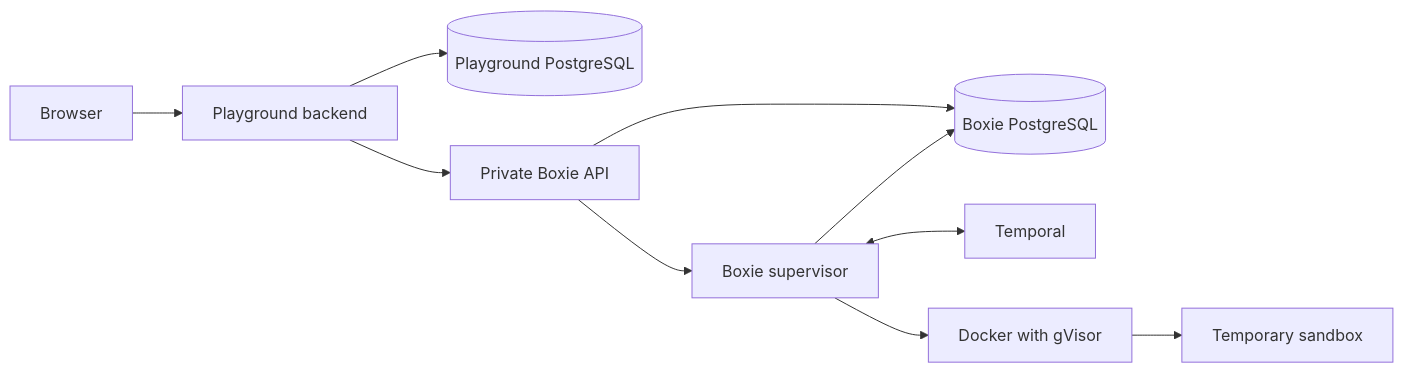
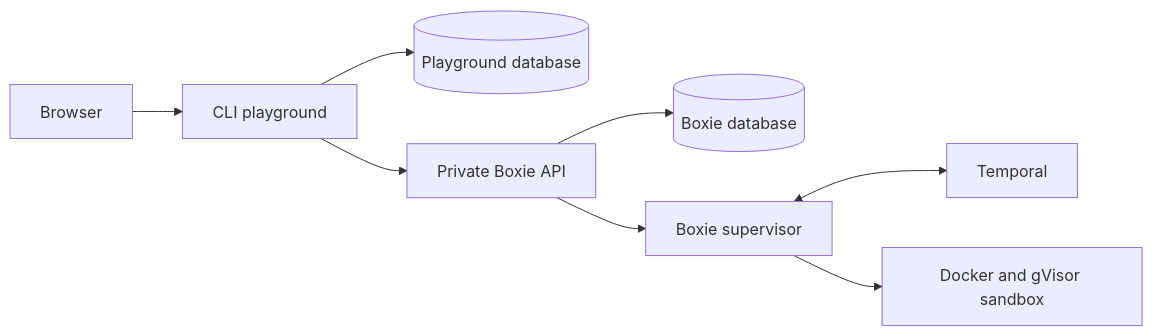
One commit to di-rs/clis changed the diagram in docs/architecture.md. Above: the diagram before and after it, drawn with Mermaid. The commit also changed other lines of this file and 51 other files, not shown here.

````diff
--- a/docs/architecture.md
+++ b/docs/architecture.md
@@ -49,12 +25,10 @@
 ```mermaid
 flowchart LR
-    Browser[Browser] --> Playground[Playground backend]
-    Playground --> PlaygroundDB[(Playground PostgreSQL)]
-    Playground --> API[Private Boxie API]
-    API --> BoxieDB[(Boxie PostgreSQL)]
-    API --> Supervisor[Boxie supervisor]
+    Browser[Browser] --> Playground[CLI playground]
+    Playground --> PlaygroundDB[(Playground database)]
+    Playground --> Boxie[Private Boxie API]
+    Boxie --> BoxieDB[(Boxie database)]
+    Boxie --> Supervisor[Boxie supervisor]
     Supervisor <--> Temporal[Temporal]
-    Supervisor --> BoxieDB
-    Supervisor --> Docker[Docker with gVisor]
-    Docker --> Sandbox[Temporary sandbox]
+    Supervisor --> Sandbox[Docker and gVisor sandbox]
 ```
````
